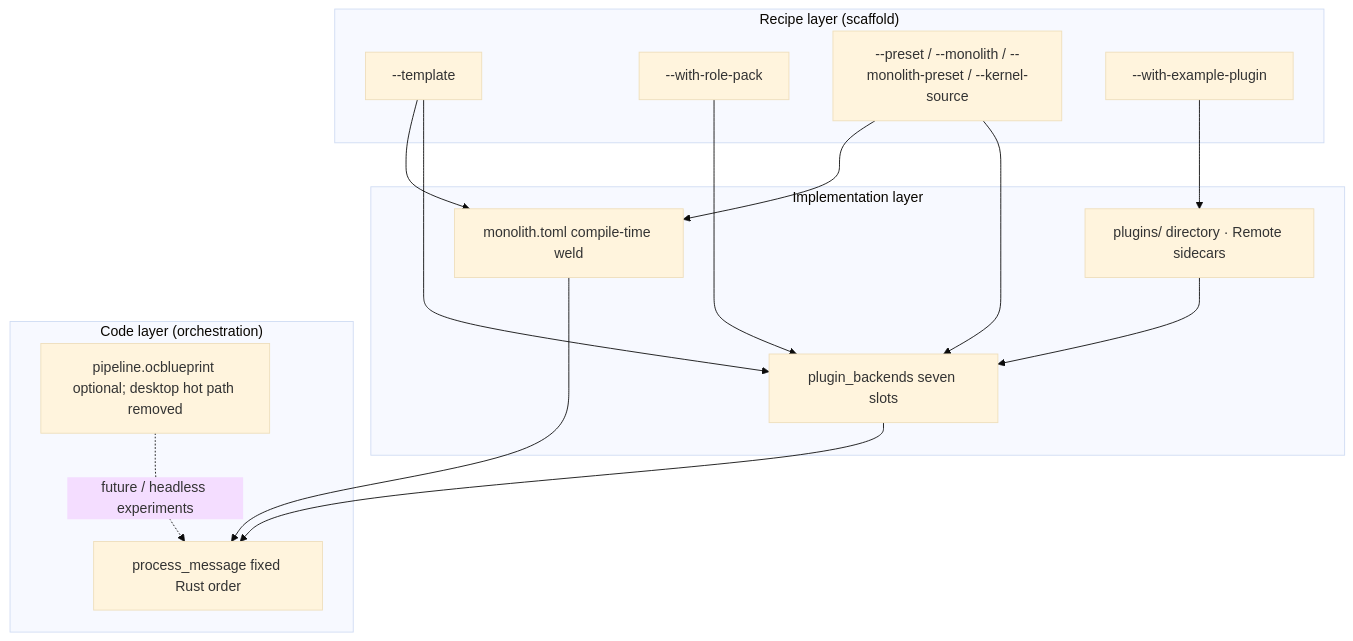
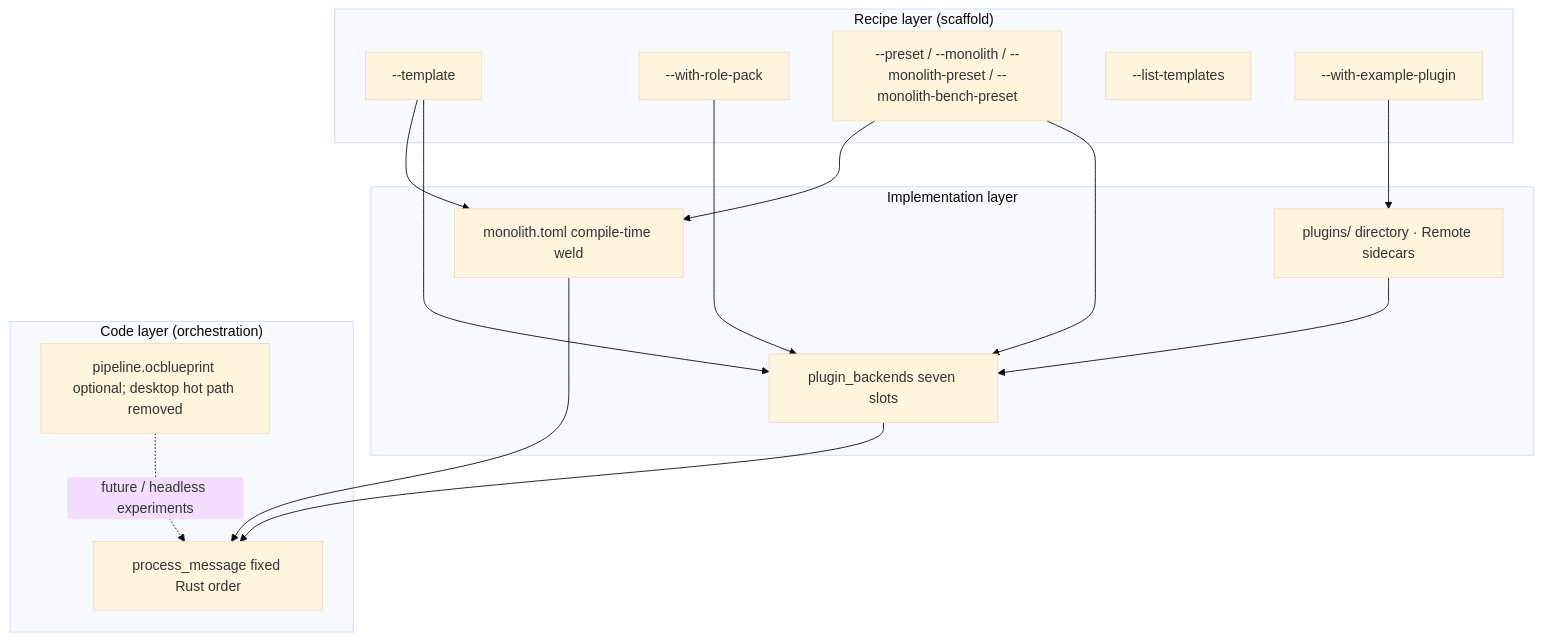
Before and after one commit to linkaiheng2233-cyber/oclivenewnew: the diagram in creator-docs-en/getting-started/KERNEL_FACTORY_VISION.md, drawn with Mermaid (base theme). The commit also changed other lines of this file and 6 other files, not shown here.

````diff
--- a/creator-docs-en/getting-started/KERNEL_FACTORY_VISION.md
+++ b/creator-docs-en/getting-started/KERNEL_FACTORY_VISION.md
@@ -11,28 +11,29 @@
 ```mermaid
 flowchart TB
   subgraph recipe["Recipe layer (scaffold)"]
     T["--template"]
     R["--with-role-pack"]
-    P["--preset / --monolith / --monolith-preset / --kernel-source"]
+    P["--preset / --monolith / --monolith-preset / --monolith-bench-preset"]
+    L["--list-templates"]
     E["--with-example-plugin"]
   end
   subgraph impl["Implementation layer"]
     PB["plugin_backends seven slots"]
     M["monolith.toml compile-time weld"]
     PL["plugins/ directory · Remote sidecars"]
   end
   subgraph code["Code layer (orchestration)"]
     PM["process_message fixed Rust order"]
     BP["pipeline.ocblueprint optional; desktop hot path removed"]
   end
   T --> PB
   R --> PB
   P --> PB
   T --> M
   P --> M
   E --> PL
   PB --> PM
   M --> PM
   PL --> PB
   BP -.->|future / headless experiments| PM
 ```
````
